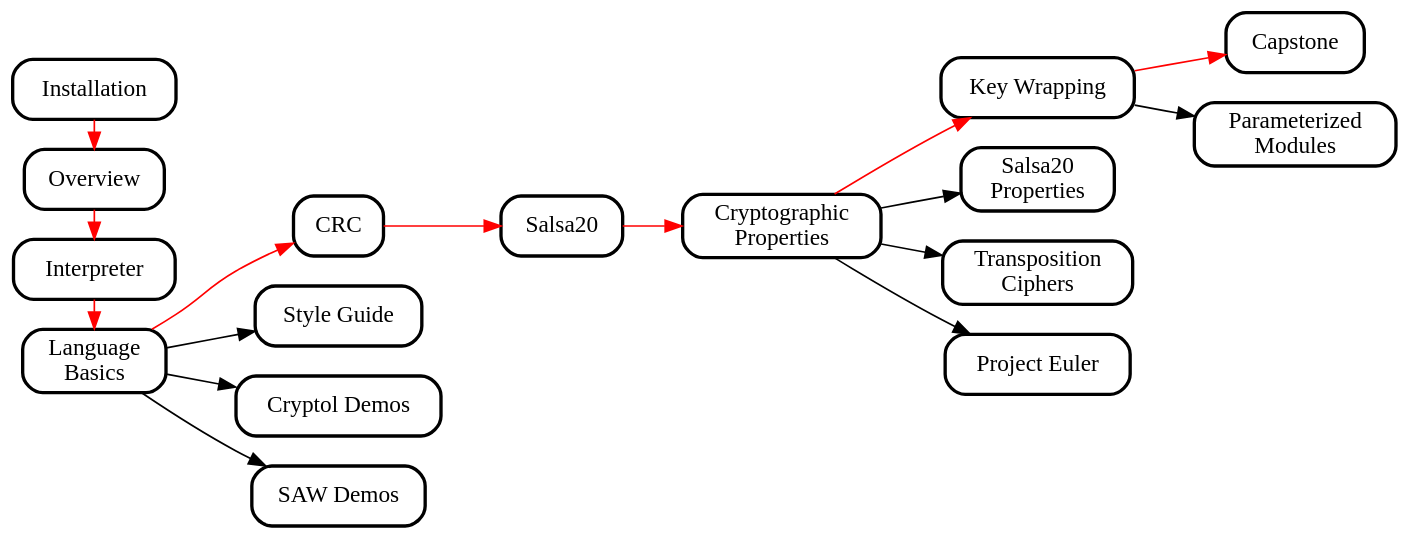
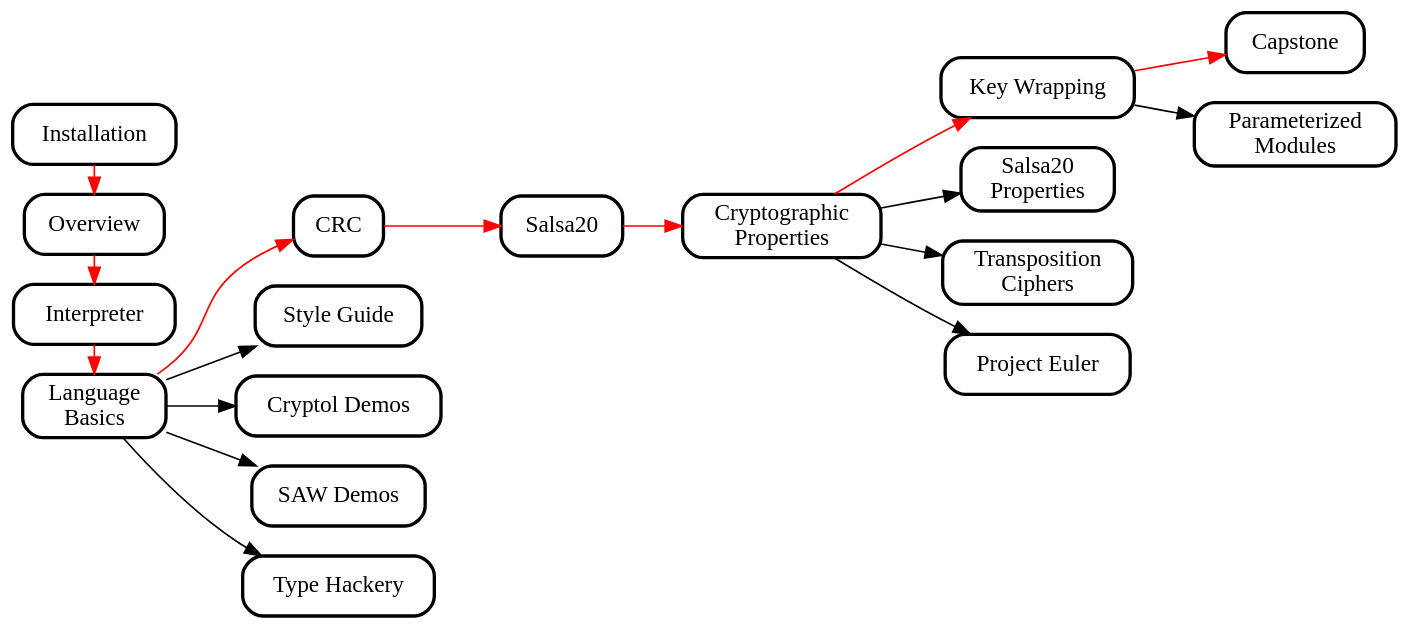
One commit to weaversa/cryptol-course changed the diagram in misc/CryptolCourse.gv. Above: the diagram before and after it, drawn with Graphviz. The commit also changed 13 other files, not shown here.

Commit message:
Merge branch 'master' of https://github.com/weaversa/cryptol-course into L4y3rC4k3; incorporate type hackery

```diff
--- a/misc/CryptolCourse.gv
+++ b/misc/CryptolCourse.gv
@@ -1,107 +1,111 @@
 digraph  {
   //splines = ortho;
   //concentrate = true;
 
   bgcolor="transparent";
   rankdir="LR";
 
   node [shape="box", style="rounded,filled", fillcolor="white", penwidth = 2];
   edge [penwidth = 1];
 
   // URLs by node
   // recommended
   
   Installation               [URL="../INSTALL.html"];
   Overview                   [URL="../labs/Overview/Overview.html"];
   Interpreter                [URL="../labs/Interpreter/Interpreter.html"];
   LanguageBasics             [URL="../labs/Language/Basics.html"];
   CRC                        [URL="../labs/CRC/CRC.html"];
   Salsa20                    [URL="../labs/Salsa20/Salsa20.html"];
   CryptographicProperties    [URL="../labs/CryptoProofs/CryptoProofs.html"];
   KeyWrapping                [URL="../labs/KeyWrapping/KeyWrapping.html"];
   Capstone                   [URL="../labs/LoremIpsum/LoremIpsum.html"];
 
   // branch nodes
   node [fillcolor="white"];
   
   StyleGuide                 [URL="../cryptol-style.html"];
   CryptolDemos               [URL="../labs/Demos/Cryptol/Demos.html"];
   SAWDemos                   [URL="../labs/Demos/SAW/Demos.html"];
+  TypeHackery                [URL="../labs/Language/IntroTypeHackery.html"];
   Salsa20Properties          [URL="../labs/Salsa20/Salsa20Props.html"];
   TranspositionCiphers       [URL="../labs/Transposition/Contents.html"];
   ProjectEuler               [URL="../labs/ProjectEuler/ProjectEuler.html"];
   ParameterizedModules       [URL="../labs/SimonSpeck/SimonSpeck.html"];
 
   // newline/space labels
   
   LanguageBasics             [label = "Language\nBasics"]
+  TypeHackery                [label = "Type Hackery"]
   CryptographicProperties    [label = "Cryptographic\nProperties"]
   KeyWrapping                [label = "Key Wrapping"]
   CryptolDemos               [label = "Cryptol Demos"]
   SAWDemos                   [label = "SAW Demos"]
   TranspositionCiphers       [label = "Transposition\nCiphers"]
   ParameterizedModules       [label = "Parameterized\nModules"]
   Salsa20Properties          [label = "Salsa20\nProperties"]
   StyleGuide                 [label = "Style Guide"]
   ProjectEuler               [label = "Project Euler"]
 
   // recommended flow
   edge [color=red];
   
   Installation -> Overview;
   Overview -> Interpreter;
   Interpreter -> LanguageBasics;
   LanguageBasics -> CRC;
   CRC -> Salsa20;
   Salsa20 -> CryptographicProperties;
   CryptographicProperties -> KeyWrapping;
   KeyWrapping -> Capstone;
 
   // branches
   edge [color=black];
   
   LanguageBasics -> StyleGuide;
   LanguageBasics -> CryptolDemos;
   LanguageBasics -> SAWDemos;
+  LanguageBasics -> TypeHackery;
   CryptographicProperties -> Salsa20Properties;
   CryptographicProperties -> TranspositionCiphers;
   CryptographicProperties -> ProjectEuler;
   KeyWrapping -> ParameterizedModules;
 
   // ranks
 
   {
     // Intro
     rank = same;
     Installation;
     Overview;
     Interpreter;
     LanguageBasics;
   }
 
   {
     // Language Basics
     rank = same;
     CRC;
     StyleGuide;
     CryptolDemos;
     SAWDemos;
+    TypeHackery;
   }
 
   {
     // Cryptographic Properties
     rank = same;
     KeyWrapping;
     Salsa20Properties;
     TranspositionCiphers;
     ProjectEuler;
   }
 
   {
     // Key Wrapping
     rank = same;
     Capstone;
     ParameterizedModules;
   }
 
 }
```
